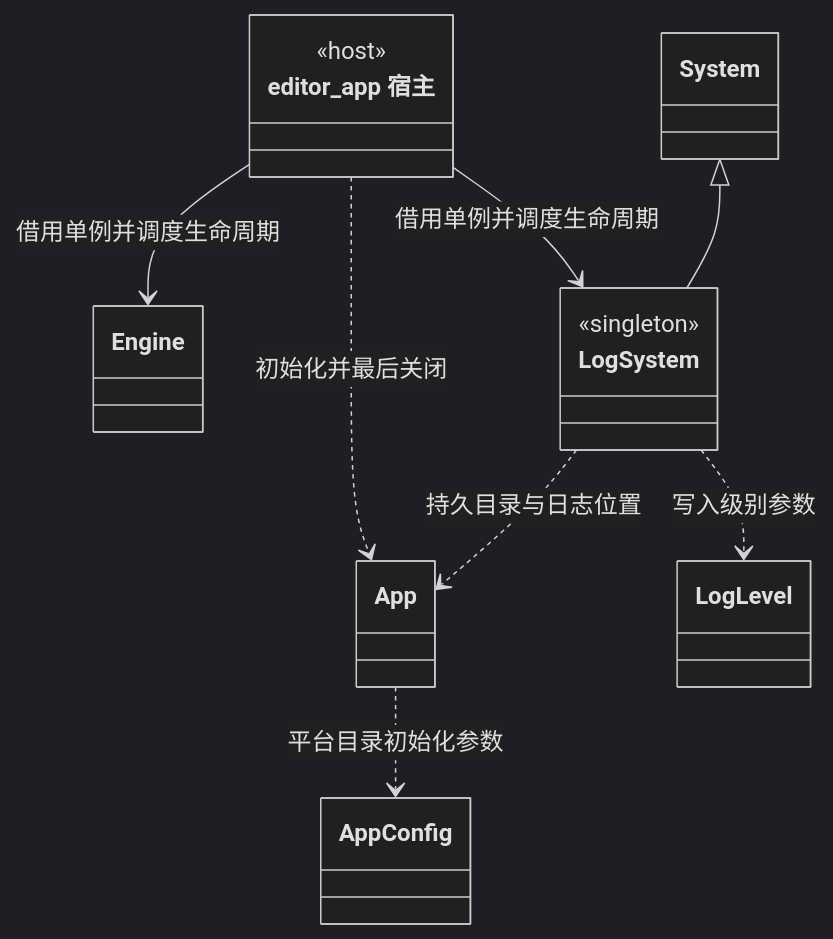
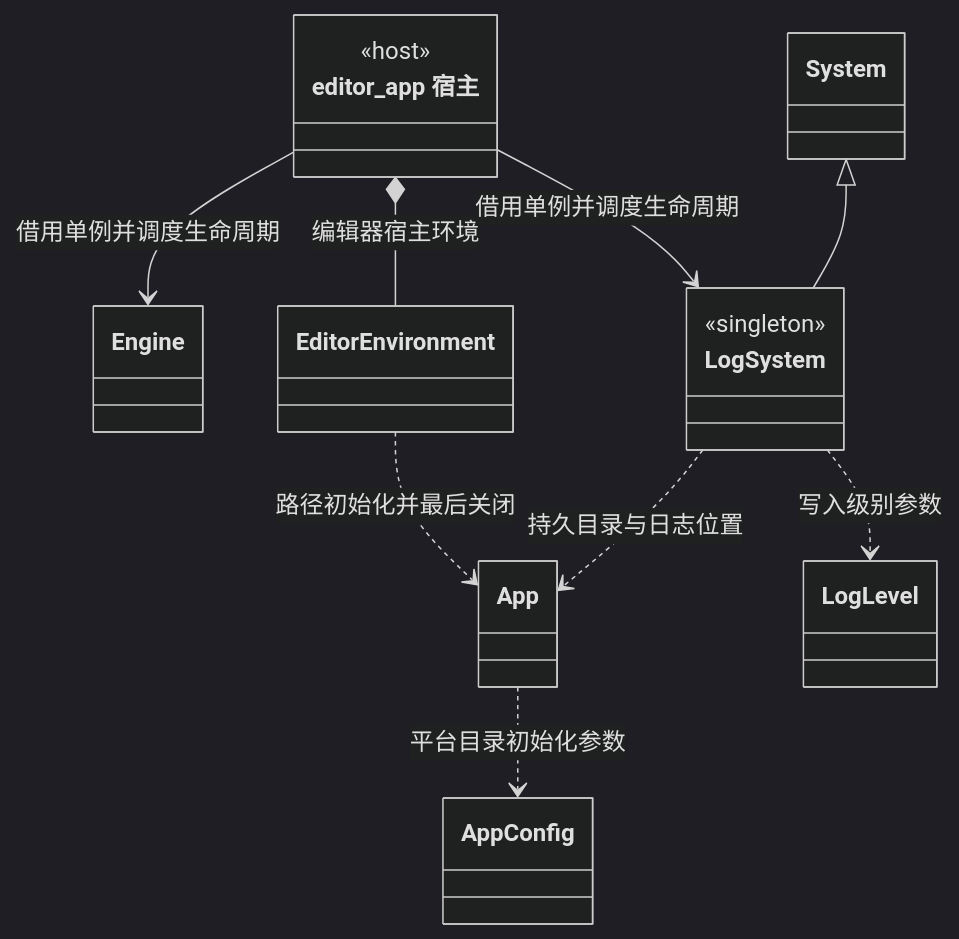
One commit to lcals/Engine changed the sixth of 18 diagrams in docs/class-diagrams/references.md. Above: the diagram before and after it, drawn with Mermaid (dark theme). The commit also changed other lines of this file and 93 other files, not shown here.

````diff
--- a/docs/class-diagrams/references.md
+++ b/docs/class-diagrams/references.md
@@ -146,22 +148,24 @@
 ```mermaid
 classDiagram
     direction TB
     class EditorHost["editor_app 宿主"] {
         <<host>>
     }
     class Engine
     class App
     class AppConfig
     class LogSystem {
         <<singleton>>
     }
     class LogLevel
     class System
-    EditorHost ..> App : 初始化并最后关闭
+    class EditorEnvironment
+    EditorHost *-- EditorEnvironment : 编辑器宿主环境
+    EditorEnvironment ..> App : 路径初始化并最后关闭
     EditorHost --> LogSystem : 借用单例并调度生命周期
     EditorHost --> Engine : 借用单例并调度生命周期
     App ..> AppConfig : 平台目录初始化参数
     System <|-- LogSystem
     LogSystem ..> App : 持久目录与日志位置
     LogSystem ..> LogLevel : 写入级别参数
 ```
````
